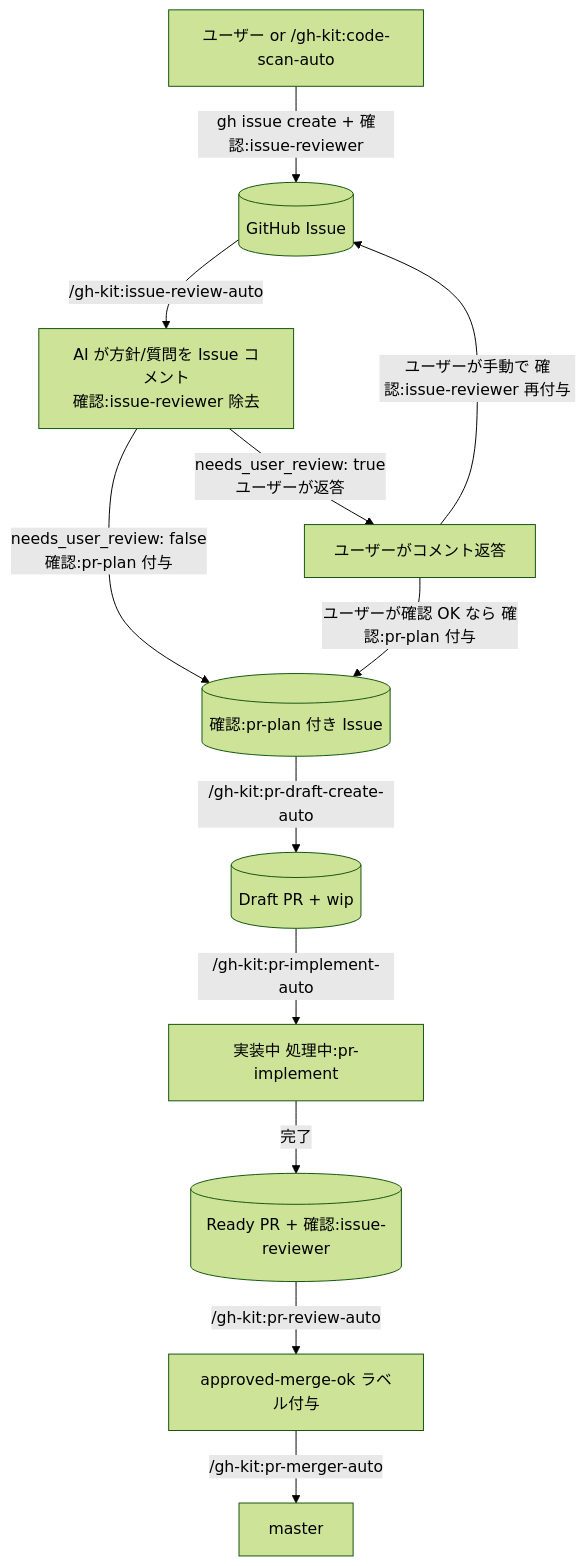
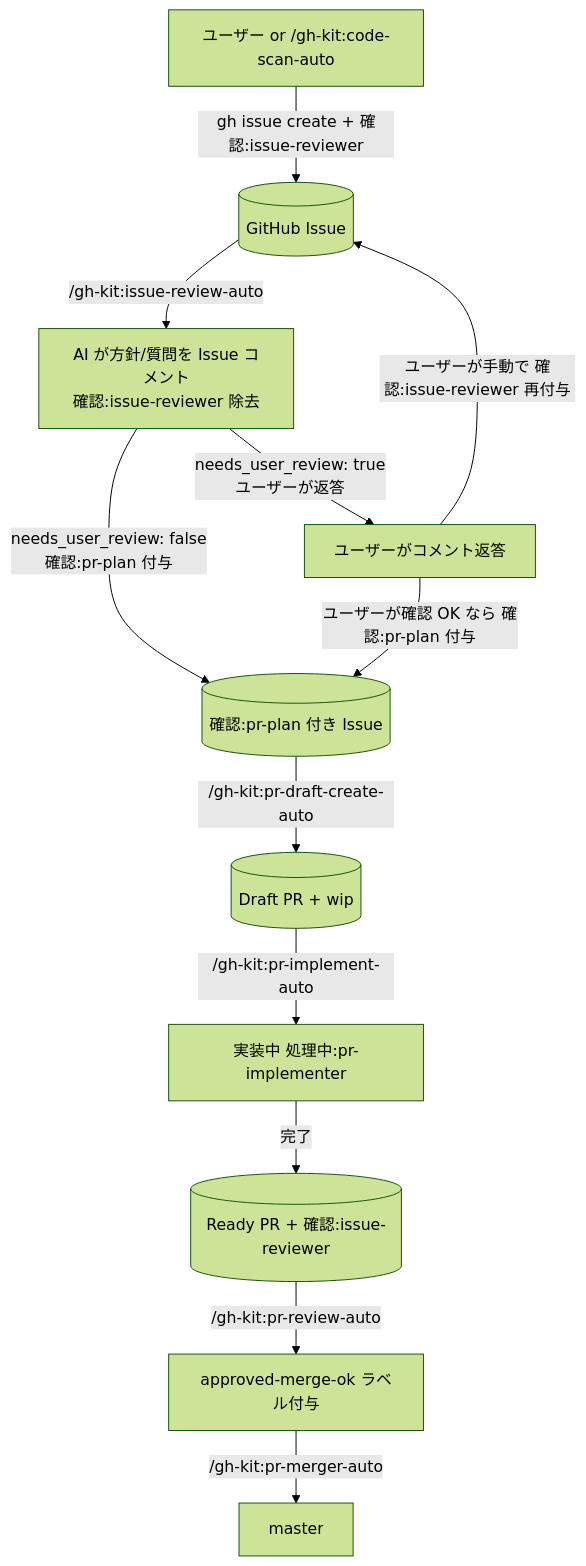
The diagram in plugins/gh-kit/CLAUDE.md (shuhei1101/my-plugins), drawn with Mermaid (forest theme) before and after one commit. The commit also changed other lines of this file and 9 other files, not shown here.

First line of the commit message:
refactor: gh-kit v0.42: 処理中ラベル命名を -er 統一（pr-planner/pr-implementer/pr-reviewer）

````diff
--- a/plugins/gh-kit/CLAUDE.md
+++ b/plugins/gh-kit/CLAUDE.md
@@ -9,14 +9,14 @@
 ```mermaid
 flowchart TD
   U[ユーザー or /gh-kit:code-scan-auto] -->|gh issue create + 確認:issue-reviewer| Issue[(GitHub Issue)]
   Issue -->|/gh-kit:issue-review-auto| Review[AI が方針/質問を Issue コメント<br>確認:issue-reviewer 除去]
   Review -->|needs_user_review: false<br>確認:pr-plan 付与| PlanOK[(確認:pr-plan 付き Issue)]
   Review -->|needs_user_review: true<br>ユーザーが返答| UserReply[ユーザーがコメント返答]
   UserReply -->|ユーザーが手動で 確認:issue-reviewer 再付与| Issue
   UserReply -->|ユーザーが確認 OK なら 確認:pr-plan 付与| PlanOK
   PlanOK -->|/gh-kit:pr-draft-create-auto| WIP[(Draft PR + wip)]
-  WIP -->|/gh-kit:pr-implement-auto| Implementing[実装中 処理中:pr-implement]
+  WIP -->|/gh-kit:pr-implement-auto| Implementing[実装中 処理中:pr-implementer]
   Implementing -->|完了| NAR[(Ready PR + 確認:issue-reviewer)]
   NAR -->|/gh-kit:pr-review-auto| Reviewed[approved-merge-ok ラベル付与]
   Reviewed -->|/gh-kit:pr-merger-auto| Merged[master]
 ```
````
